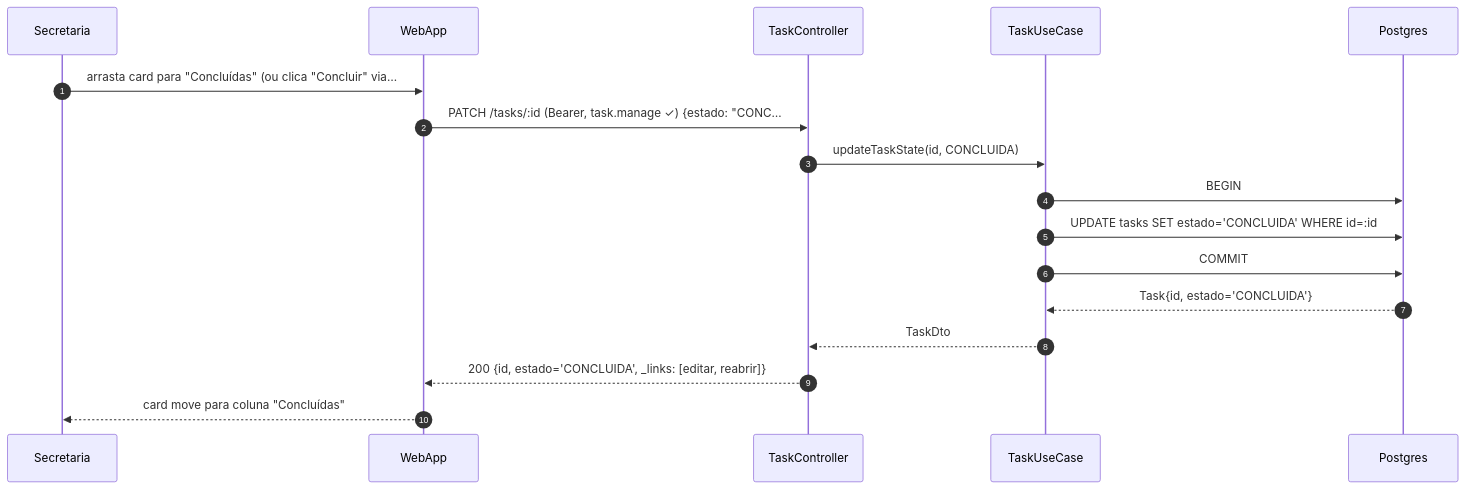
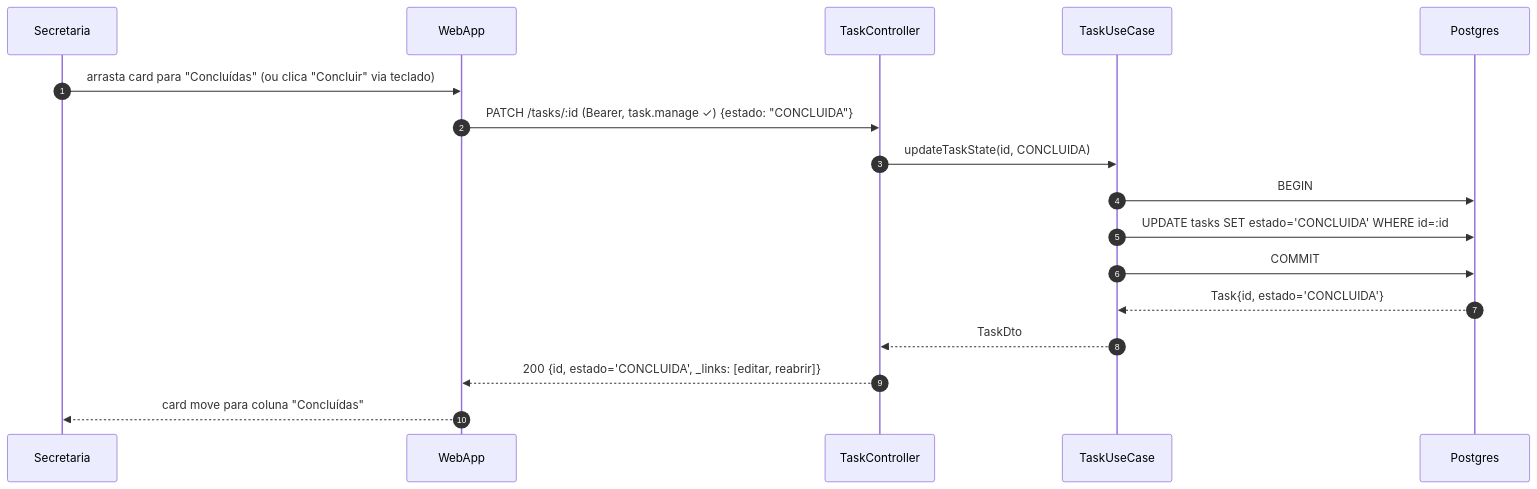
One commit to umishell/secretariaOnline2 changed the third of 8 diagrams in foundationDocs/sequenceDiagrams/F5 — Secretaria/US-F5-012-TAREFAS.md. Above: the diagram before and after it, drawn with Mermaid. The commit also changed other lines of this file and 70 other files, not shown here.

First line of the commit message:
Enhance database documentation and introduce new schema files

````diff
--- a/foundationDocs/sequenceDiagrams/F5 — Secretaria/US-F5-012-TAREFAS.md
+++ b/foundationDocs/sequenceDiagrams/F5 — Secretaria/US-F5-012-TAREFAS.md
@@ -123,20 +123,20 @@
 ```mermaid
 sequenceDiagram
     autonumber
     participant Secretaria
     participant WebApp
     participant TaskController
     participant TaskUseCase
     participant Postgres
 
-    Secretaria->>WebApp: arrasta card para "Concluídas" (ou clica "Concluir" via…
-    WebApp->>TaskController: PATCH /tasks/:id (Bearer, task.manage ✓) {estado: "CONC…
+    Secretaria->>WebApp: arrasta card para "Concluídas" (ou clica "Concluir" via teclado)
+    WebApp->>TaskController: PATCH /tasks/:id (Bearer, task.manage ✓) {estado: "CONCLUIDA"}
     TaskController->>TaskUseCase: updateTaskState(id, CONCLUIDA)
     TaskUseCase->>Postgres: BEGIN
     TaskUseCase->>Postgres: UPDATE tasks SET estado='CONCLUIDA' WHERE id=:id
     TaskUseCase->>Postgres: COMMIT
     Postgres-->>TaskUseCase: Task{id, estado='CONCLUIDA'}
     TaskUseCase-->>TaskController: TaskDto
     TaskController-->>WebApp: 200 {id, estado='CONCLUIDA', _links: [editar, reabrir]}
     WebApp-->>Secretaria: card move para coluna "Concluídas"
 ```
````
